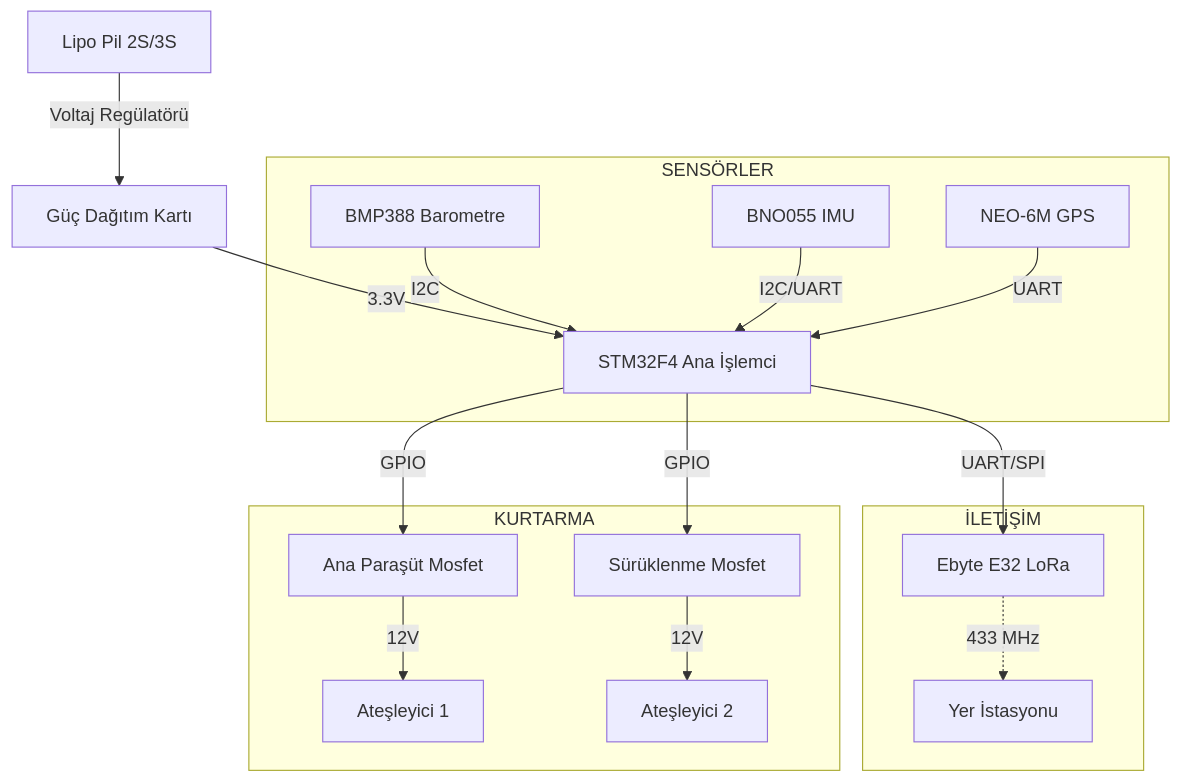
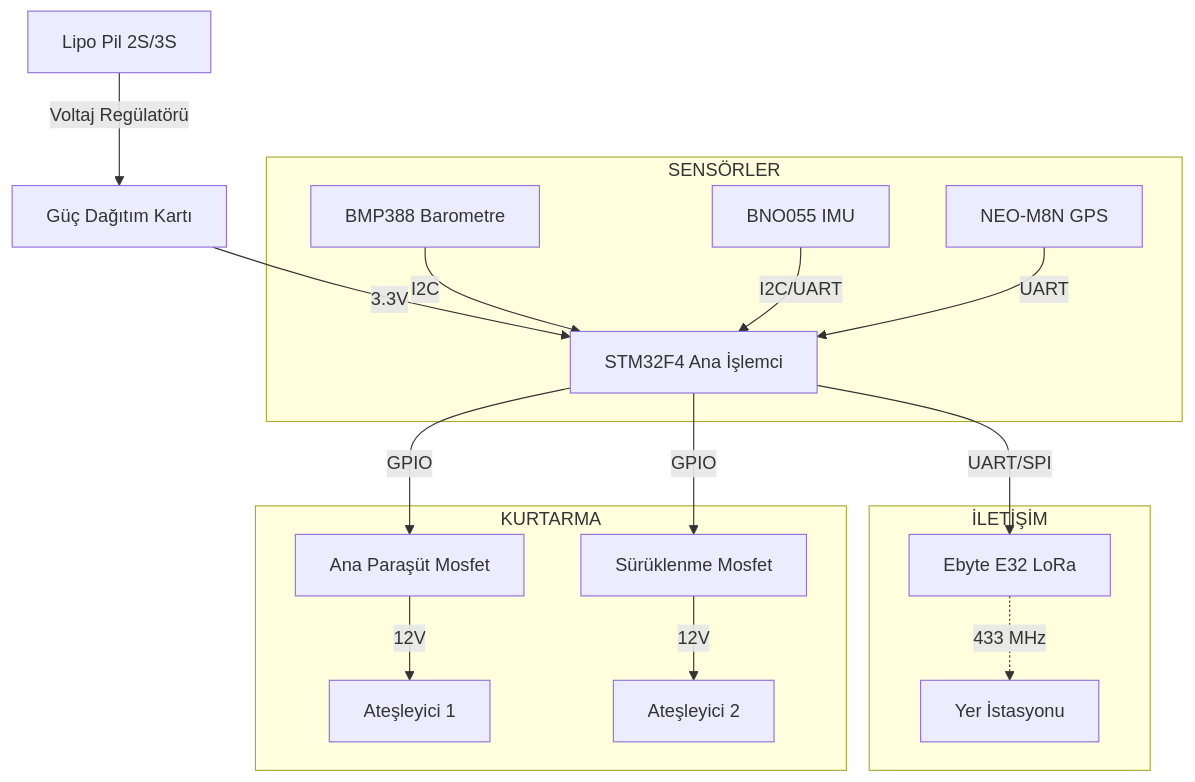
Before and after one commit to bahattinyunus/ktu-sarge-gokcen: the diagram in docs/subsystems/avionics.md, drawn with Mermaid. The commit also changed other lines of this file and 11 other files, not shown here.

````diff
--- a/docs/subsystems/avionics.md
+++ b/docs/subsystems/avionics.md
@@ -45,23 +48,23 @@
 ```mermaid
 graph TD
     Bat[Lipo Pil 2S/3S] -->|Voltaj Regülatörü| PDB[Güç Dağıtım Kartı]
     PDB -->|3.3V| MCU[STM32F4 Ana İşlemci]
     
     subgraph SENSÖRLER
         BMP[BMP388 Barometre] -->|I2C| MCU
         IMU[BNO055 IMU] -->|I2C/UART| MCU
-        GPS[NEO-6M GPS] -->|UART| MCU
+        GPS[NEO-M8N GPS] -->|UART| MCU
     end
     
     subgraph İLETİŞİM
         MCU -->|UART/SPI| LoRa[Ebyte E32 LoRa]
         LoRa -.->|433 MHz| Yer[Yer İstasyonu]
     end
     
     subgraph KURTARMA
         MCU -->|GPIO| Mosfet1[Ana Paraşüt Mosfet]
         MCU -->|GPIO| Mosfet2[Sürüklenme Mosfet]
         Mosfet1 -->|12V| EMatch1[Ateşleyici 1]
         Mosfet2 -->|12V| EMatch2[Ateşleyici 2]
     end
 ```
````
